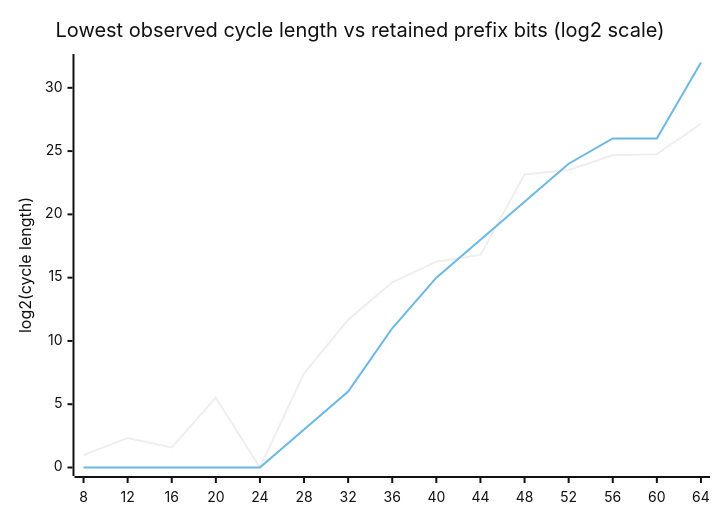
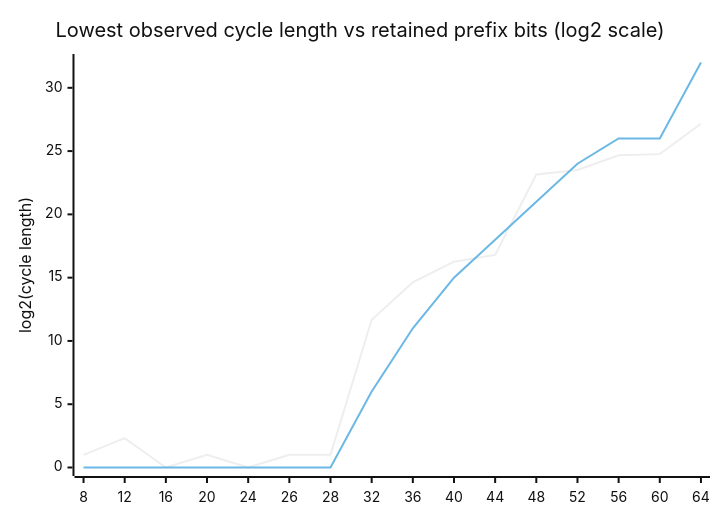
One commit to gesslerpd/hash-loop changed the diagram in README.md. Above: the diagram before and after it, drawn with Mermaid (neutral theme). The commit also changed other lines of this file and 1 other file, not shown here.

````diff
--- a/README.md
+++ b/README.md
@@ -67,8 +75,8 @@
 ```mermaid
 xychart-beta
     title "Lowest observed cycle length vs retained prefix bits (log2 scale)"
-    x-axis [8, 12, 16, 20, 24, 28, 32, 36, 40, 44, 48, 52, 56, 60, 64]
+    x-axis [8, 12, 16, 20, 24, 26, 28, 32, 36, 40, 44, 48, 52, 56, 60, 64]
     y-axis "log2(cycle length)" 0 --> 32
-    line [1.00, 2.32, 1.58, 5.52, 0.00, 7.44, 11.67, 14.63, 16.26, 16.80, 23.15, 23.51, 24.67, 24.76, 27.16]
-    line [0, 0, 0, 0, 0, 3, 6, 11, 15, 18, 21, 24, 26, 26, 32]
+    line [1.00, 2.32, 0.00, 1.00, 0.00, 1.00, 1.00, 11.67, 14.63, 16.26, 16.80, 23.15, 23.51, 24.67, 24.76, 27.16]
+    line [0, 0, 0, 0, 0, 0, 0, 6, 11, 15, 18, 21, 24, 26, 26, 32]
 ```
````
